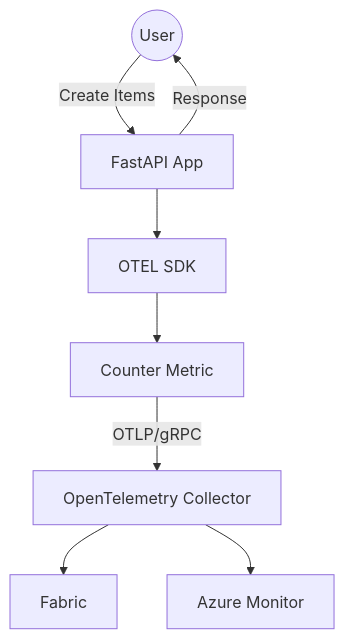
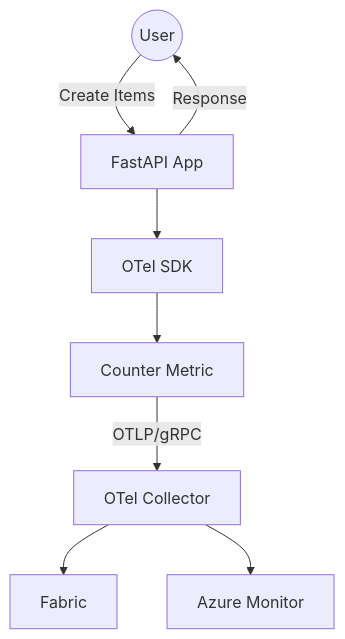
The diagram in README.md (syedhassaanahmed/otel-to-fabric), drawn with Mermaid before and after one commit.

Commit message:
Add diagram to readme

````diff
--- a/README.md
+++ b/README.md
@@ -3,10 +3,10 @@
 ```mermaid
 flowchart TD
     User((User)) -->|"Create Items"| FastAPI[FastAPI App]
     FastAPI -->|"Response"| User
-    FastAPI --> OTelSDK[OTEL SDK]
+    FastAPI --> OTelSDK[OTel SDK]
     OTelSDK --> Metrics["Counter Metric"]
-    Metrics -->|"OTLP/gRPC"| Collector[OpenTelemetry Collector]
+    Metrics -->|"OTLP/gRPC"| Collector[OTel Collector]
     Collector --> Fabric
     Collector --> AzMon[Azure Monitor]
 ```
````
